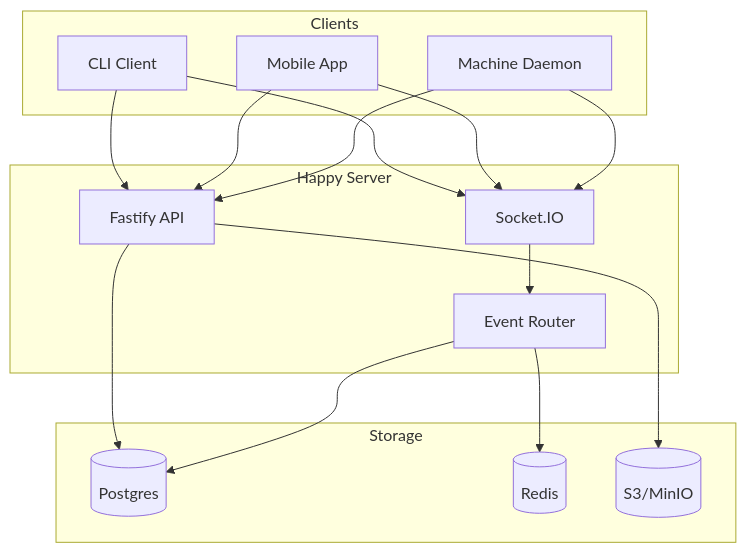
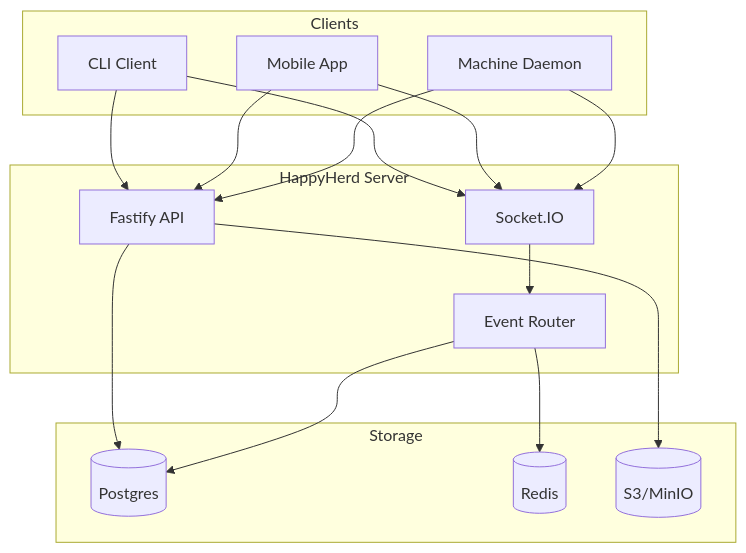
One commit to NickGuAI/HappyHerd changed the first of 9 diagrams in server/docs/backend-architecture.md. Above: the diagram before and after it, drawn with Mermaid. The commit also changed other lines of this file and 2589 other files, not shown here.

````diff
--- a/server/docs/backend-architecture.md
+++ b/server/docs/backend-architecture.md
@@ -7,33 +7,33 @@
 ```mermaid
 graph TB
     subgraph Clients
         CLI[CLI Client]
         Mobile[Mobile App]
         Daemon[Machine Daemon]
     end
 
-    subgraph "Happy Server"
+    subgraph "HappyHerd Server"
         API[Fastify API]
         Socket[Socket.IO]
         Events[Event Router]
     end
 
     subgraph Storage
         PG[(Postgres)]
         Redis[(Redis)]
         S3[(S3/MinIO)]
     end
 
     CLI --> API
     Mobile --> API
     Daemon --> API
     CLI --> Socket
     Mobile --> Socket
     Daemon --> Socket
 
     API --> PG
     API --> S3
     Socket --> Events
     Events --> Redis
     Events --> PG
 ```
````
